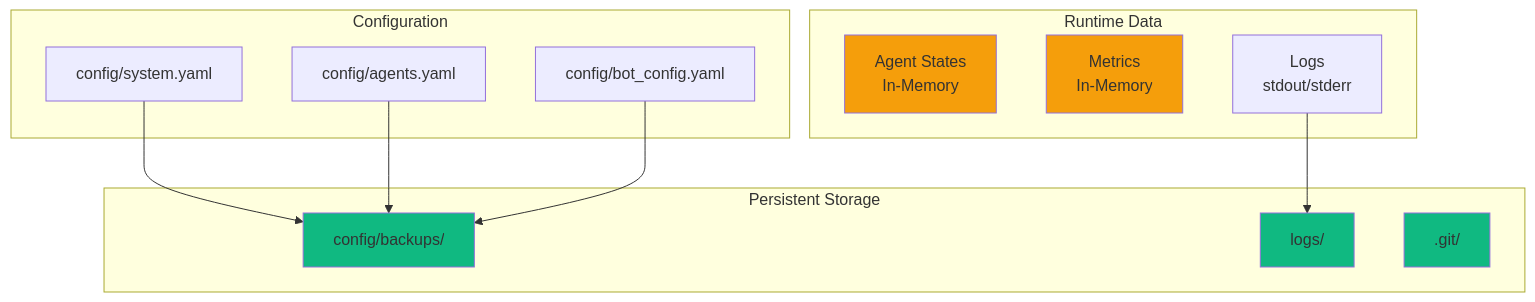
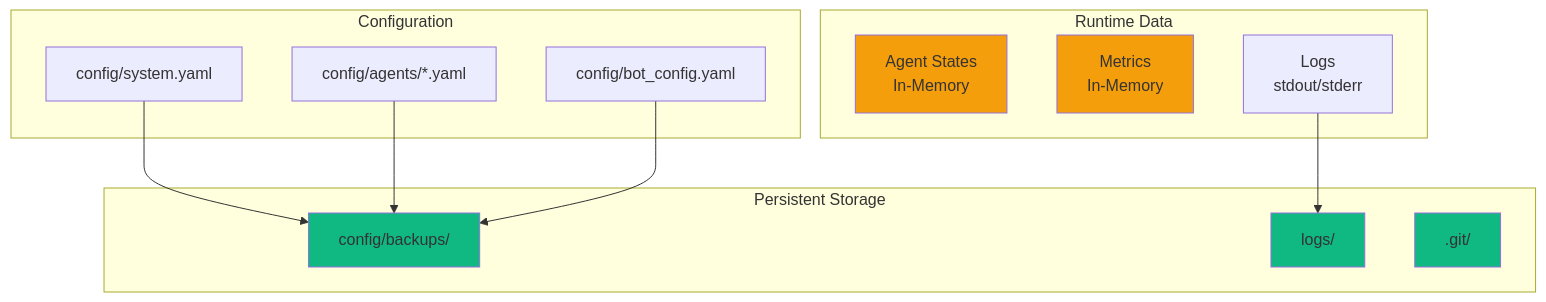
One commit to m0nk111/agent-forge changed diagram 11 of 13 in docs/diagrams/data-flow.md. Above: the diagram before and after it, drawn with Mermaid. The commit also changed other lines of this file and 2 other files, not shown here.

First line of the commit message:
docs: fix remaining config/agents.yaml references in TROUBLESHOOTING, diagrams, PORT_REFERENCE

````diff
--- a/docs/diagrams/data-flow.md
+++ b/docs/diagrams/data-flow.md
@@ -388,32 +388,32 @@
 ```mermaid
 graph TD
     subgraph "Configuration"
         C1[config/system.yaml]
-        C2[config/agents.yaml]
+        C2[config/agents/*.yaml]
         C3[config/bot_config.yaml]
     end
     
     subgraph "Runtime Data"
         R1[Agent States<br/>In-Memory]
         R2[Metrics<br/>In-Memory]
         R3[Logs<br/>stdout/stderr]
     end
     
     subgraph "Persistent Storage"
         P1[config/backups/]
         P2[logs/]
         P3[.git/]
     end
     
     C1 --> P1
     C2 --> P1
     C3 --> P1
     
     R3 --> P2
     
     style R1 fill:#f59e0b
     style R2 fill:#f59e0b
     style P1 fill:#10b981
     style P2 fill:#10b981
     style P3 fill:#10b981
 ```
````
